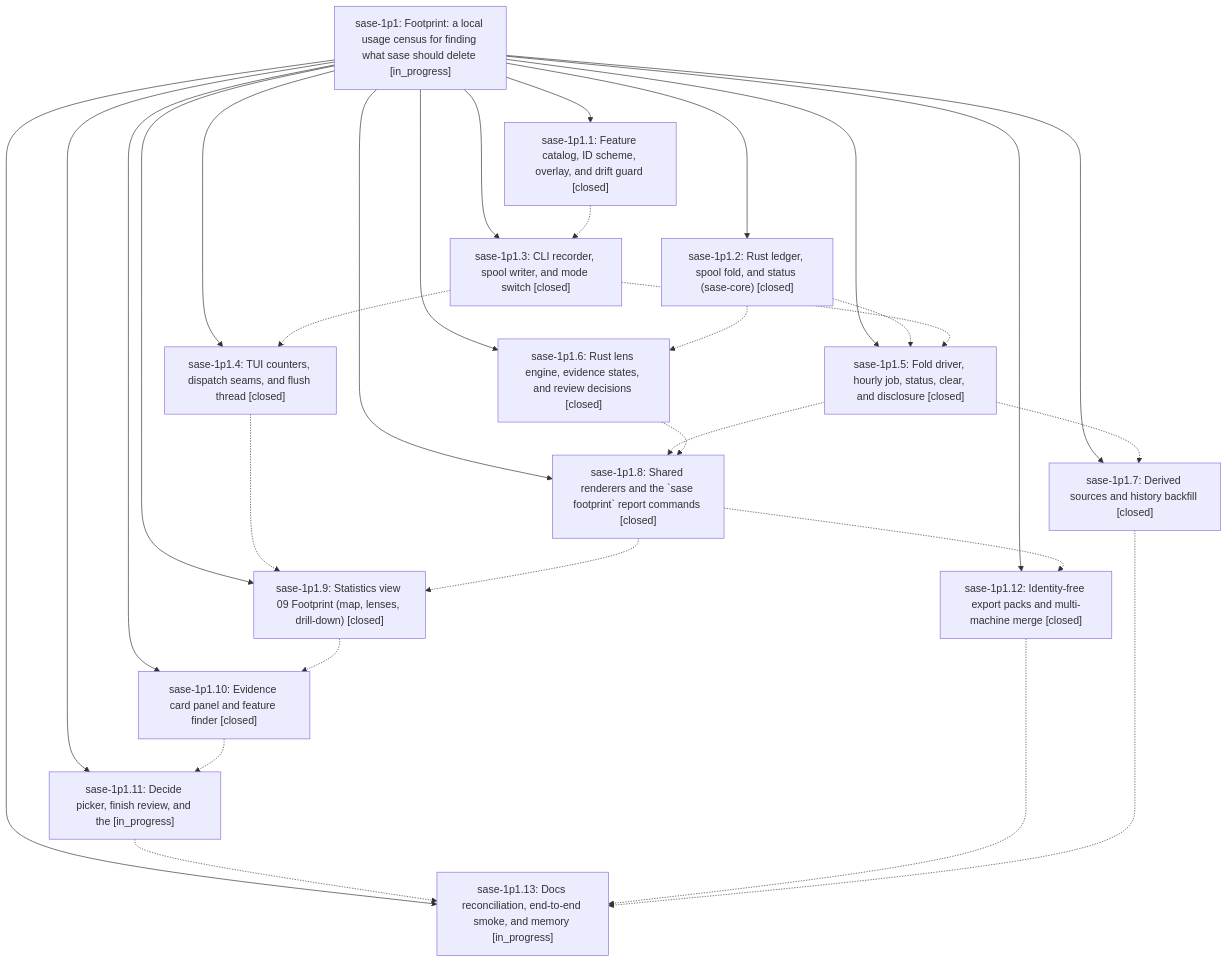
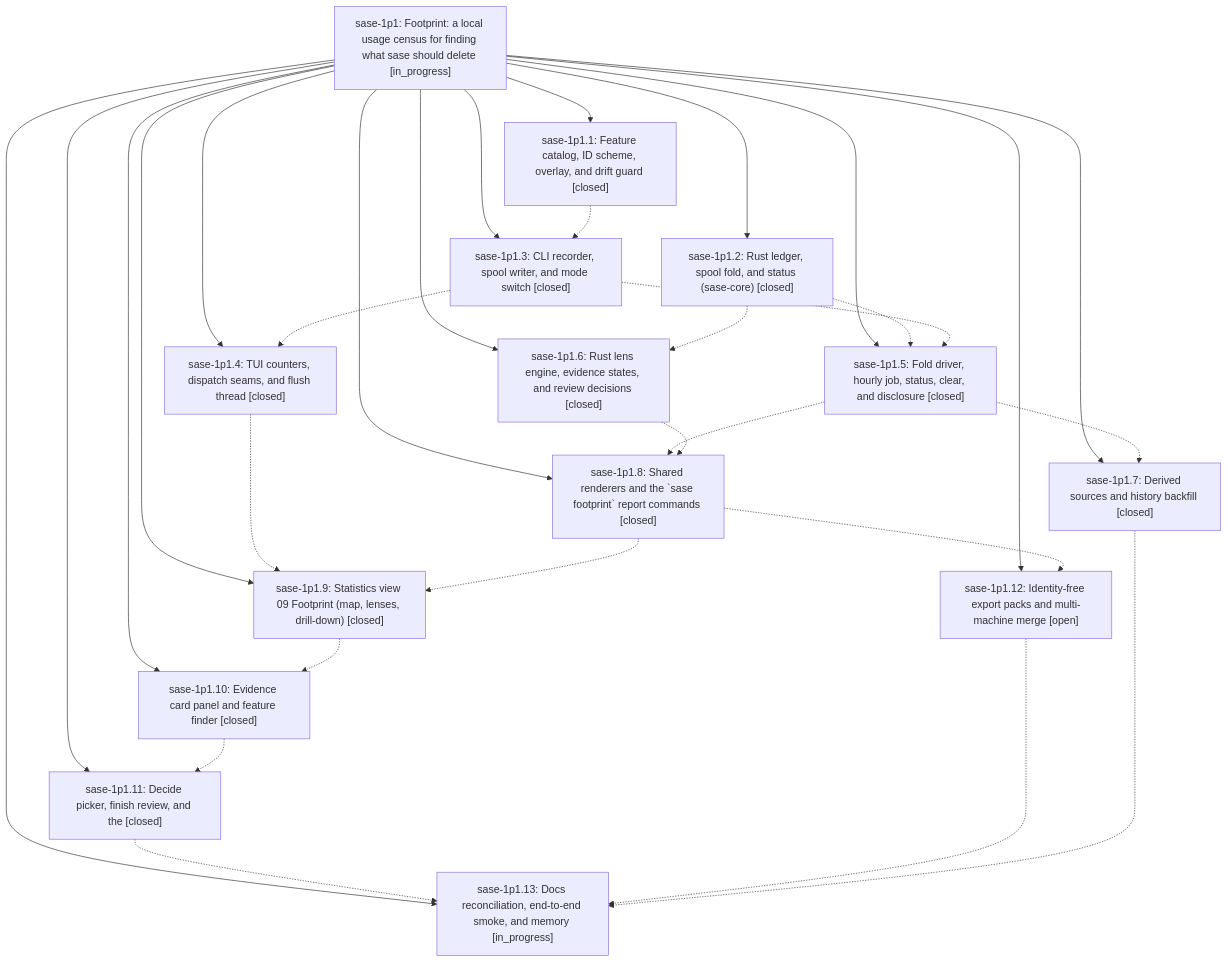
One commit to sase-org/sase--beads changed the diagram in pages/sase-1p1/README.md. Above: the diagram before and after it, drawn with Mermaid. The commit also changed other lines of this file and 5 other files, not shown here.

````diff
--- a/pages/sase-1p1/README.md
+++ b/pages/sase-1p1/README.md
@@ -59,46 +59,46 @@
 ```mermaid
 flowchart TD
     n0["sase-1p1: Footprint: a local usage census for finding what sase should delete [in_progress]"]
     n1["sase-1p1.1: Feature catalog, ID scheme, overlay, and drift guard [closed]"]
     n2["sase-1p1.10: Evidence card panel and feature finder [closed]"]
-    n3["sase-1p1.11: Decide picker, finish review, and the [in_progress]"]
-    n4["sase-1p1.12: Identity-free export packs and multi-machine merge [closed]"]
+    n3["sase-1p1.11: Decide picker, finish review, and the [closed]"]
+    n4["sase-1p1.12: Identity-free export packs and multi-machine merge [open]"]
     n5["sase-1p1.13: Docs reconciliation, end-to-end smoke, and memory [in_progress]"]
     n6["sase-1p1.2: Rust ledger, spool fold, and status (sase-core) [closed]"]
     n7["sase-1p1.3: CLI recorder, spool writer, and mode switch [closed]"]
     n8["sase-1p1.4: TUI counters, dispatch seams, and flush thread [closed]"]
     n9["sase-1p1.5: Fold driver, hourly job, status, clear, and disclosure [closed]"]
     n10["sase-1p1.6: Rust lens engine, evidence states, and review decisions [closed]"]
     n11["sase-1p1.7: Derived sources and history backfill [closed]"]
     n12["sase-1p1.8: Shared renderers and the `sase footprint` report commands [closed]"]
     n13["sase-1p1.9: Statistics view 09 Footprint (map, lenses, drill-down) [closed]"]
     n0 --> n1
     n0 --> n2
     n0 --> n3
     n0 --> n4
     n0 --> n5
     n0 --> n6
     n0 --> n7
     n0 --> n8
     n0 --> n9
     n0 --> n10
     n0 --> n11
     n0 --> n12
     n0 --> n13
     n1 -.-> n7
     n2 -.-> n3
     n3 -.-> n5
     n4 -.-> n5
     n6 -.-> n9
     n6 -.-> n10
     n7 -.-> n8
     n7 -.-> n9
     n8 -.-> n13
     n9 -.-> n11
     n9 -.-> n12
     n10 -.-> n12
     n11 -.-> n5
     n12 -.-> n4
     n12 -.-> n13
     n13 -.-> n2
 ```
````
